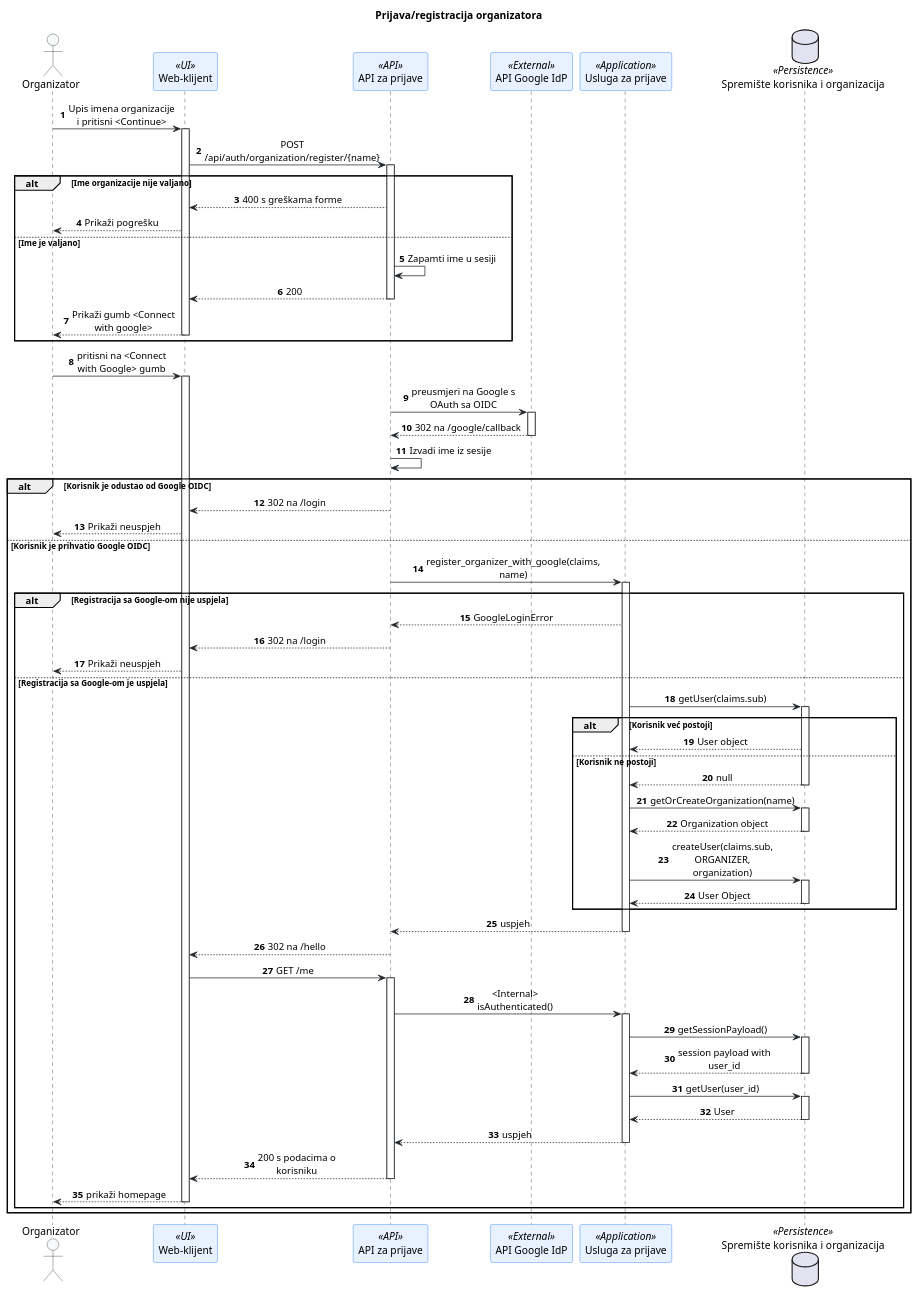
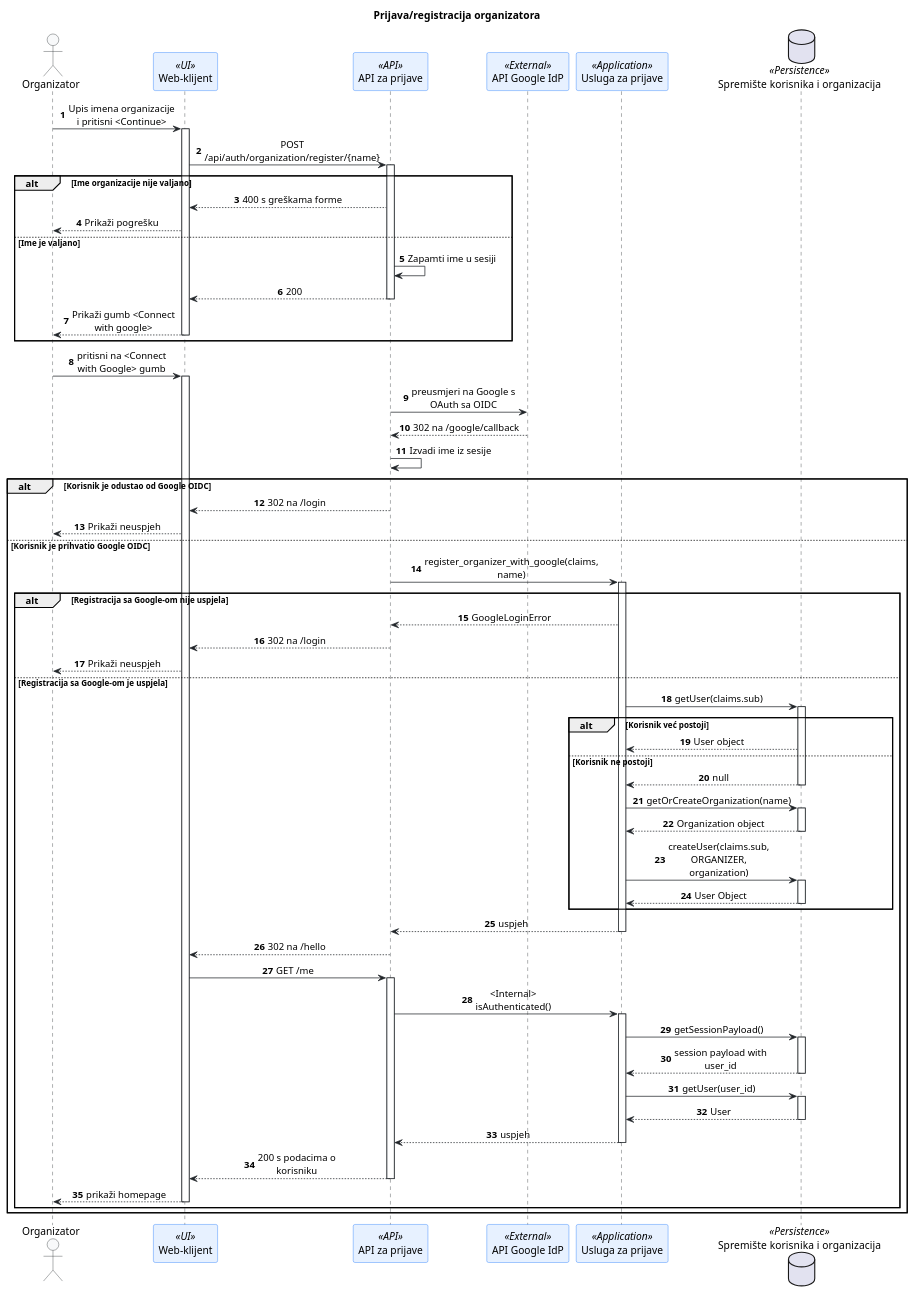
Before and after one commit to CultureVultureFer/culture-vulture: the diagram in docs/puml/4-6-culture-vulture-login-register-organizer-SD.puml, drawn with PlantUML. The commit also changed 1 other file, not shown here.

```diff
--- a/docs/puml/4-6-culture-vulture-login-register-organizer-SD.puml
+++ b/docs/puml/4-6-culture-vulture-login-register-organizer-SD.puml
@@ -19,86 +19,86 @@
     @startuml
     title Prijava/registracija organizatora
 
     skinparam maxMessageSize 150
     skinparam shadowing false
     skinparam defaultFontName Arial
     skinparam sequenceMessageAlign center
     skinparam ArrowColor #212529
 
     skinparam sequence {
         ParticipantBackgroundColor #E7F1FF
         ParticipantBorderColor #0D6EFD
         ActorBackgroundColor #F8F9FA
         ActorBorderColor #212529
         LifeLineBorderColor #212529
     }
 
     autonumber
 
     ' ==============================================================================
     ' Sudionici (sa stereotipima)
     ' ==============================================================================
     actor "Organizator" as User
     participant "Web-klijent" as Web <<UI>>
     participant "API za prijave" as API <<API>>
     participant "API Google IdP" as IdP <<External>>
     participant "Usluga za prijave" as Service <<Application>>
     database "Spremište korisnika i  organizacija" as Store <<Persistence>>
 
     User -> Web++ : Upis imena organizacije i pritisni <Continue>
     Web -> API++ : POST /api/auth/organization/register/{name}
 
     alt Ime organizacije nije valjano
         API --> Web : 400 s greškama forme
         Web --> User : Prikaži pogrešku
     else Ime je valjano
         API -> API : Zapamti ime u sesiji
         API --> Web-- : 200
         Web --> User-- : Prikaži gumb <Connect with google>
     end
 
     User -> Web++ : pritisni na <Connect with Google> gumb
-    API -> IdP++ : preusmjeri na Google s OAuth sa OIDC
-    IdP --> API-- : 302 na /google/callback
+    API -> IdP : preusmjeri na Google s OAuth sa OIDC
+    IdP --> API : 302 na /google/callback
     API -> API : Izvadi ime iz sesije
 
     alt Korisnik je odustao od Google OIDC
         API --> Web : 302 na /login
         Web --> User : Prikaži neuspjeh
 
     else Korisnik je prihvatio Google OIDC
         API -> Service++ : register_organizer_with_google(claims, name)
 
         alt Registracija sa Google-om nije uspjela
             Service --> API : GoogleLoginError
             API --> Web : 302 na /login
             Web --> User : Prikaži neuspjeh
 
         else Registracija sa Google-om je uspjela
             Service -> Store++ : getUser(claims.sub)
 
             alt Korisnik već postoji
                 Store --> Service : User object
             else Korisnik ne postoji
                 Store --> Service-- : null
         	    Service -> Store++ : getOrCreateOrganization(name)
                 Store --> Service-- : Organization object
                 Service -> Store++ : createUser(claims.sub, ORGANIZER, organization)
                 Store --> Service-- : User Object
             end
 
             Service --> API-- : uspjeh
             API --> Web-- : 302 na /hello
 
             Web -> API++ : GET /me
             API -> Service++ : <Internal> isAuthenticated()
             Service -> Store++ : getSessionPayload()
             Store --> Service-- : session payload with user_id
             Service -> Store++ : getUser(user_id)
             Store --> Service-- : User
             Service --> API-- : uspjeh
             API --> Web-- : 200 s podacima o korisniku
             Web --> User-- : prikaži homepage
         end
     end
     @enduml
```
